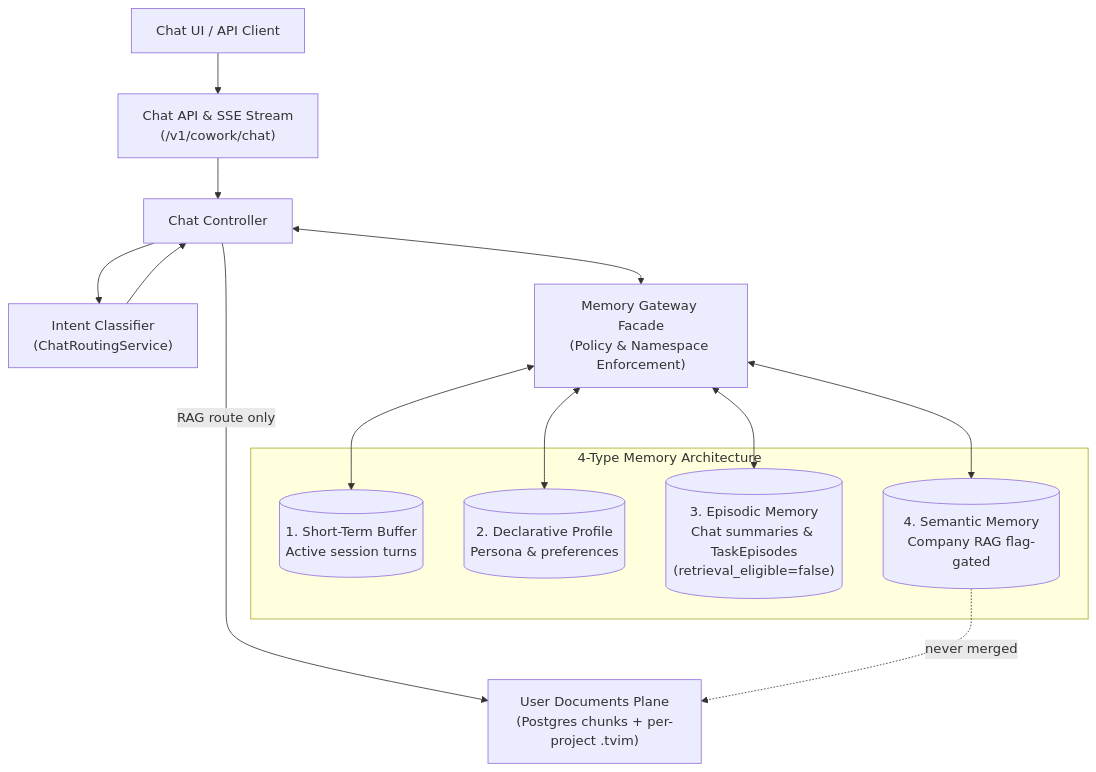
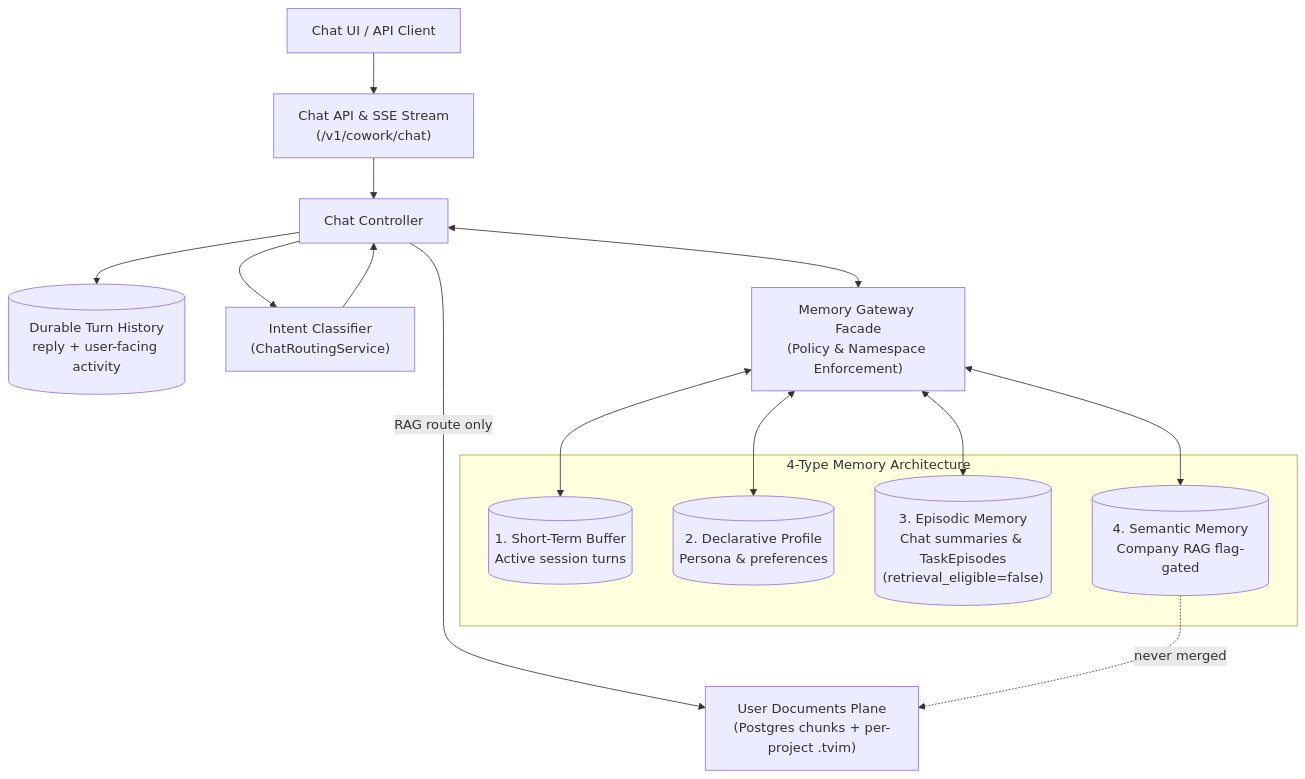
One commit to MathematicGuy/EMAIL-AGENT-v1 changed the diagram in docs/architectures/current-architectures/02-ai-chat-and-typed-memory.md. Above: the diagram before and after it, drawn with Mermaid. The commit also changed other lines of this file and 28 other files, not shown here.

````diff
--- a/docs/architectures/current-architectures/02-ai-chat-and-typed-memory.md
+++ b/docs/architectures/current-architectures/02-ai-chat-and-typed-memory.md
@@ -16,23 +16,24 @@
 ```mermaid
 flowchart TB
     CLIENT["Chat UI / API Client"] --> SSE["Chat API & SSE Stream<br/>(/v1/cowork/chat)"]
     SSE --> CHAT["Chat Controller"]
+    CHAT --> HISTORY[("Durable Turn History<br/>reply + user-facing activity")]
     CHAT --> CLS["Intent Classifier<br/>(ChatRoutingService)"]
     CLS --> CHAT
     CHAT <--> GATEWAY["Memory Gateway Facade<br/>(Policy & Namespace Enforcement)"]
 
     subgraph MEMORY["4-Type Memory Architecture"]
         SHORT[("1. Short-Term Buffer<br/>Active session turns")]
         DECL[("2. Declarative Profile<br/>Persona & preferences")]
         EPISODE[("3. Episodic Memory<br/>Chat summaries & TaskEpisodes<br/>(retrieval_eligible=false)")]
         SEMANTIC[("4. Semantic Memory<br/>Company RAG flag-gated")]
     end
 
     GATEWAY <--> SHORT
     GATEWAY <--> DECL
     GATEWAY <--> EPISODE
     GATEWAY <--> SEMANTIC
 
     CHAT -->|"RAG route only"| UDOC["User Documents Plane<br/>(Postgres chunks + per-project .tvim)"]
     SEMANTIC -.->|"never merged"| UDOC
 ```
````
